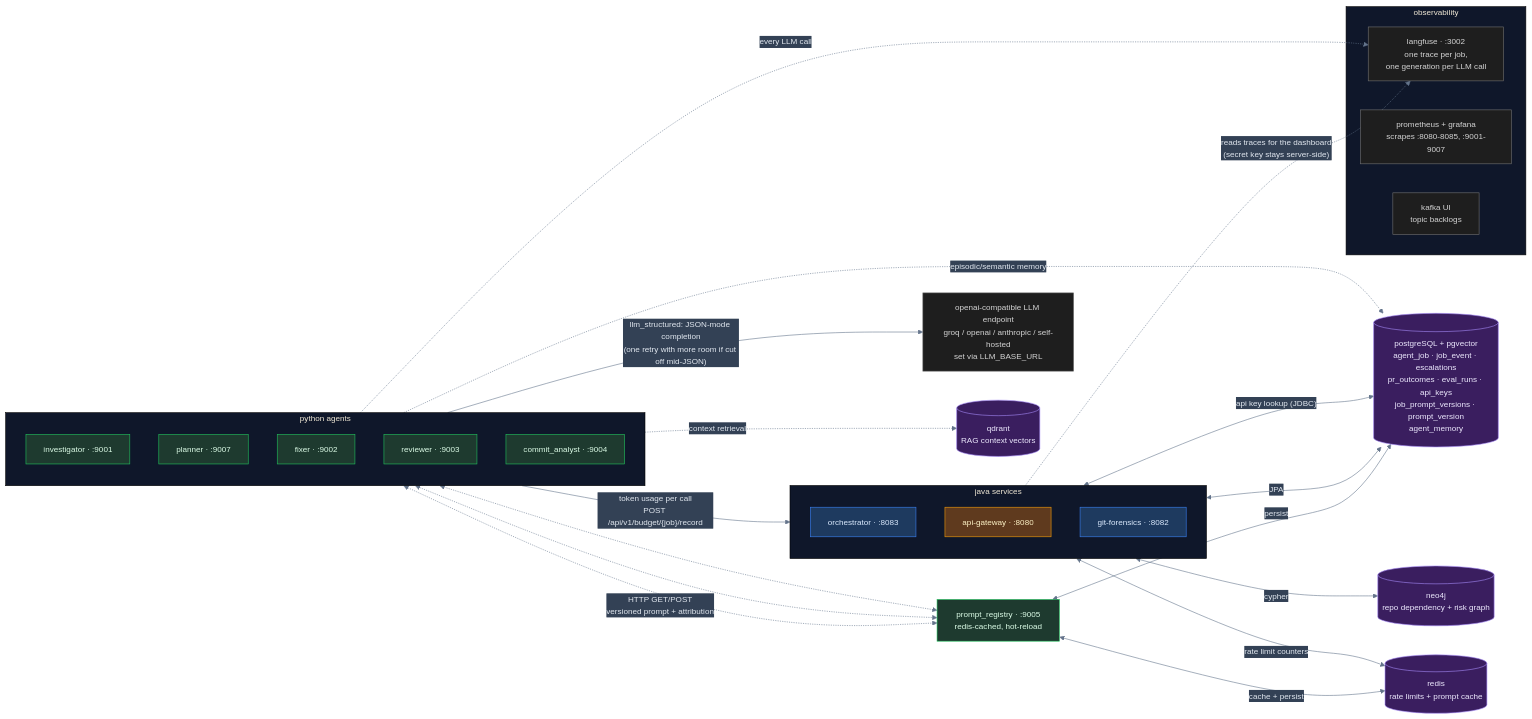
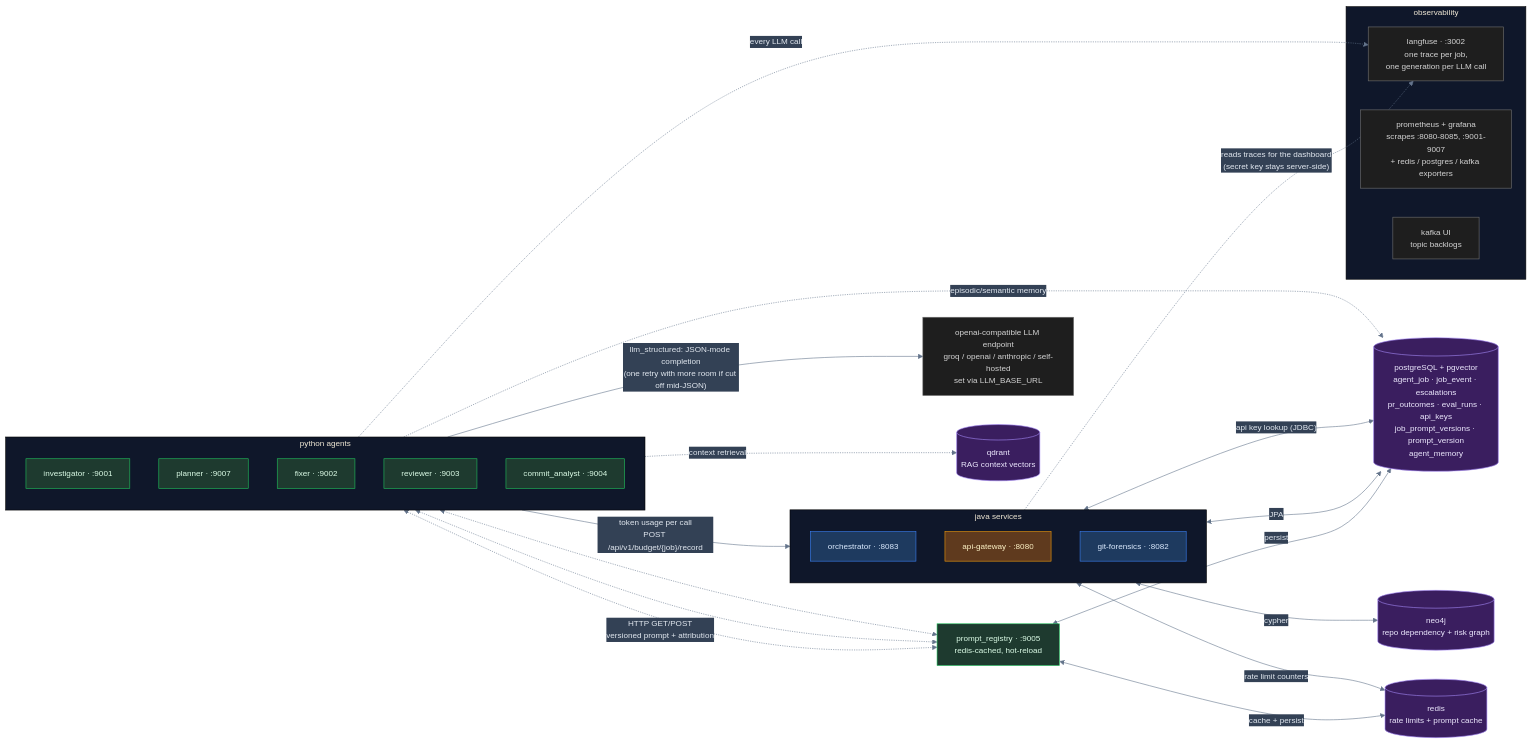
The fourth of 8 diagrams in readme.md (bettercallok/git-oracle), drawn with Mermaid before and after one commit. The commit also changed other lines of this file and 24 other files, not shown here.

First line of the commit message:
fix(observability): make Prometheus and Grafana actually monitor GitOracle

````diff
--- a/readme.md
+++ b/readme.md
@@ -187,61 +187,61 @@
 ```mermaid
 %%{init: {'theme':'base', 'themeVariables': {'primaryColor':'#1e293b','primaryTextColor':'#e2e8f0','primaryBorderColor':'#475569','lineColor':'#64748b','secondaryColor':'#334155','tertiaryColor':'#0f172a','fontSize':'14px'}}}%%
 flowchart LR
     subgraph agents["python agents"]
         direction TB
         inv["investigator · :9001"]
         pln["planner · :9007"]
         fix["fixer · :9002"]
         rev["reviewer · :9003"]
         ca["commit_analyst · :9004"]
     end
 
     subgraph jsvc["java services"]
         direction TB
         orch["orchestrator · :8083"]
         gw["api-gateway · :8080"]
         gf["git-forensics · :8082"]
     end
 
     fix <-.->|"HTTP GET/POST<br/>versioned prompt + attribution"| preg["prompt_registry · :9005<br/>redis-cached, hot-reload"]
     pln <-.-> preg
     inv <-.-> preg
 
     llm["openai-compatible LLM endpoint<br/>groq / openai / anthropic / self-hosted<br/>set via LLM_BASE_URL"]
     agents -->|"llm_structured: JSON-mode completion<br/>(one retry with more room if cut off mid-JSON)"| llm
     agents -->|"token usage per call<br/>POST /api/v1/budget/{job}/record"| orch
 
     pg[("postgreSQL + pgvector<br/>agent_job · job_event · escalations<br/>pr_outcomes · eval_runs · api_keys<br/>job_prompt_versions · prompt_version<br/>agent_memory")]
     neo[("neo4j<br/>repo dependency + risk graph")]
     qd[("qdrant<br/>RAG context vectors")]
     rd[("redis<br/>rate limits + prompt cache")]
 
     orch <-->|JPA| pg
     gw <-->|"api key lookup (JDBC)"| pg
     gf <-->|cypher| neo
     fix -.->|episodic/semantic memory| pg
     fix -.->|context retrieval| qd
     gw <-->|rate limit counters| rd
     preg <-->|cache + persist| rd
     preg <-->|persist| pg
 
     subgraph observability
         lf["langfuse · :3002<br/>one trace per job,<br/>one generation per LLM call"]
-        prom["prometheus + grafana<br/>scrapes :8080-8085, :9001-9007"]
+        prom["prometheus + grafana<br/>scrapes :8080-8085, :9001-9007<br/>+ redis / postgres / kafka exporters"]
         kui["kafka UI<br/>topic backlogs"]
     end
 
     agents -.->|"every LLM call"| lf
     orch -.->|"reads traces for the dashboard<br/>(secret key stays server-side)"| lf
 
     classDef javaSvc fill:#1e3a5f,stroke:#3b82f6,color:#dbeafe
     classDef pySvc fill:#1e3a2f,stroke:#22c55e,color:#dcfce7
     classDef storage fill:#3a1e5f,stroke:#a78bfa,color:#ede9fe
     classDef gateway fill:#5f3a1e,stroke:#f59e0b,color:#fef3c7
     classDef obs fill:#1e1e1e,stroke:#737373,color:#d4d4d4
     class orch,gf javaSvc
     class inv,pln,fix,rev,ca,preg pySvc
     class pg,neo,qd,rd storage
     class gw gateway
     class llm,lf,prom,kui obs
 ```
````
